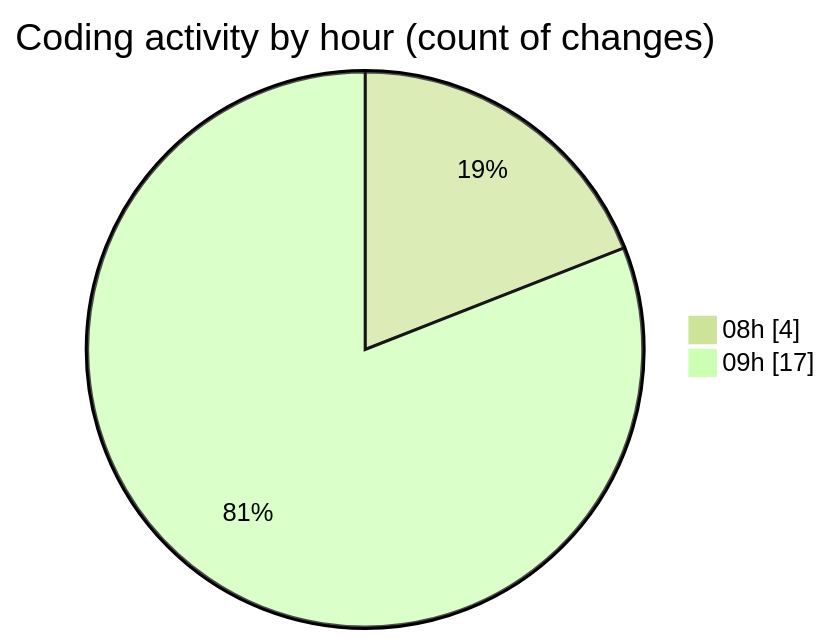
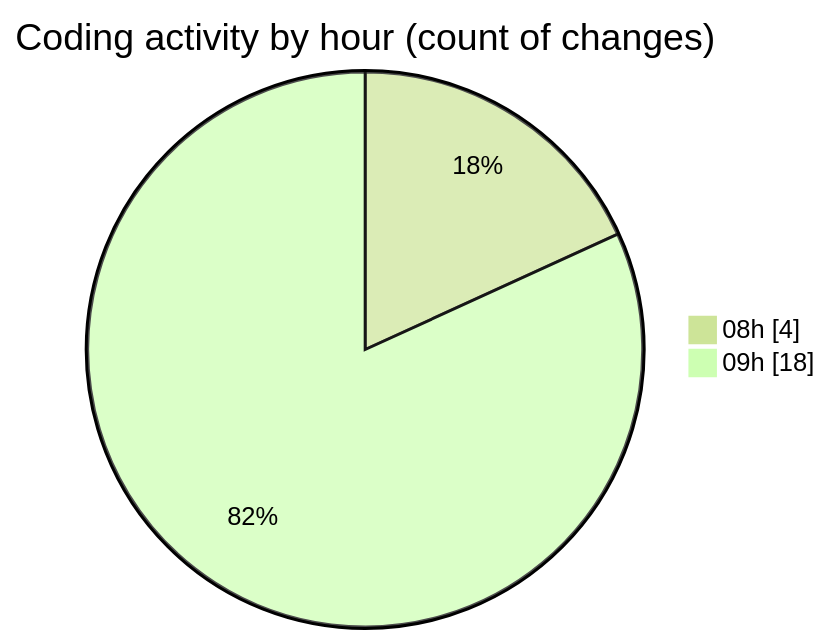
One commit to momahboobian/code-tracking changed the second of 2 diagrams in 2026-09-17/cda/README.md. Above: the diagram before and after it, drawn with Mermaid (forest theme). The commit also changed other lines of this file and 1 other file, not shown here.

````diff
--- a/2026-09-17/cda/README.md
+++ b/2026-09-17/cda/README.md
@@ -41,6 +41,6 @@
 ```mermaid
 pie showData
 title Coding activity by hour (count of changes)
 "08h" : 4
-"09h" : 17
+"09h" : 18
 ```
````
